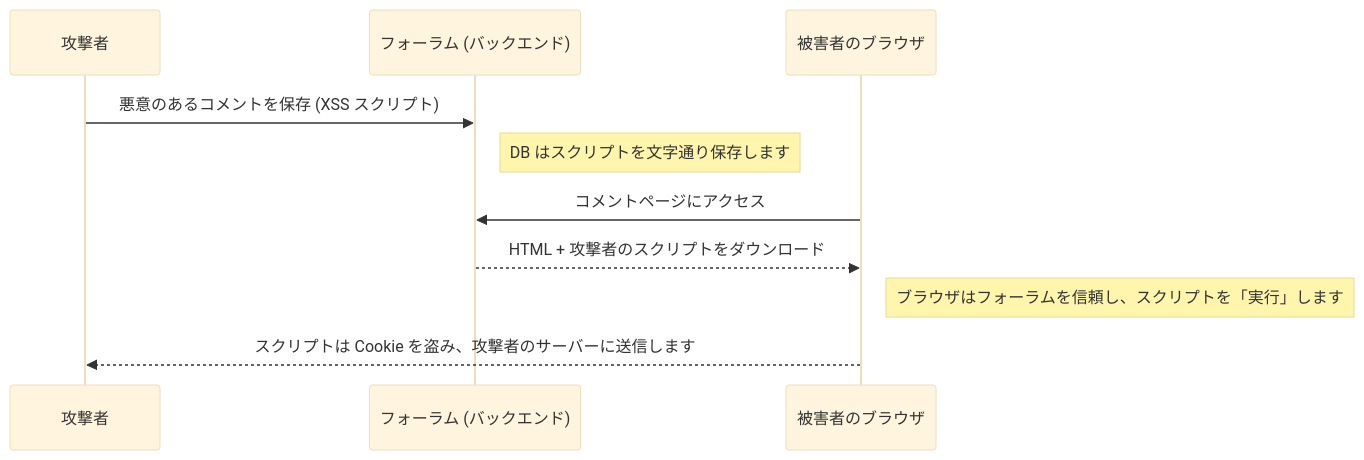
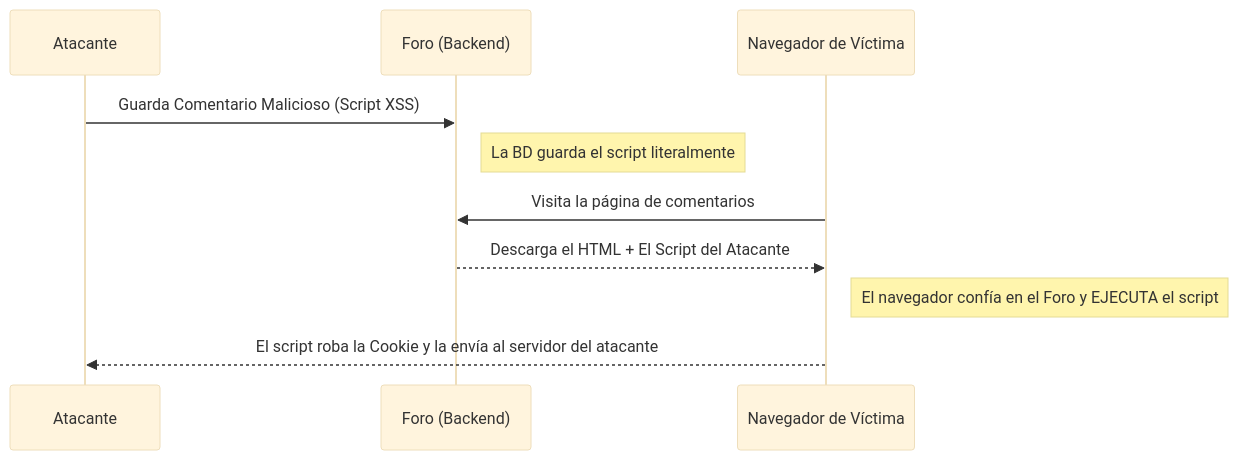
One commit to gjpierp/nmergeia changed the first of 2 diagrams in public/docs/ja/ext_pentest_medio.md. Above: the diagram before and after it, drawn with Mermaid (base theme). The commit also changed other lines of this file and 518 other files, not shown here.

````diff
--- a/public/docs/ja/ext_pentest_medio.md
+++ b/public/docs/ja/ext_pentest_medio.md
@@ -9,13 +9,13 @@
 ```mermaid
 sequenceDiagram
-    participant Atacante as 攻撃者
-    participant Foro as フォーラム (バックエンド)
-    participant Victima as 被害者のブラウザ
+    participant Atacante
+    participant Foro as Foro (Backend)
+    participant Victima as Navegador de Víctima
 
-    Atacante->>Foro: 悪意のあるコメントを保存 (XSS スクリプト)
-    Note right of Foro: DB はスクリプトを文字通り保存します
-    Victima->>Foro: コメントページにアクセス
-    Foro-->>Victima: HTML + 攻撃者のスクリプトをダウンロード
-    Note right of Victima: ブラウザはフォーラムを信頼し、スクリプトを「実行」します
-    Victima-->>Atacante: スクリプトは Cookie を盗み、攻撃者のサーバーに送信します
+    Atacante->>Foro: Guarda Comentario Malicioso (Script XSS)
+    Note right of Foro: La BD guarda el script literalmente
+    Victima->>Foro: Visita la página de comentarios
+    Foro-->>Victima: Descarga el HTML + El Script del Atacante
+    Note right of Victima: El navegador confía en el Foro y EJECUTA el script
+    Victima-->>Atacante: El script roba la Cookie y la envía al servidor del atacante
 ```
````
